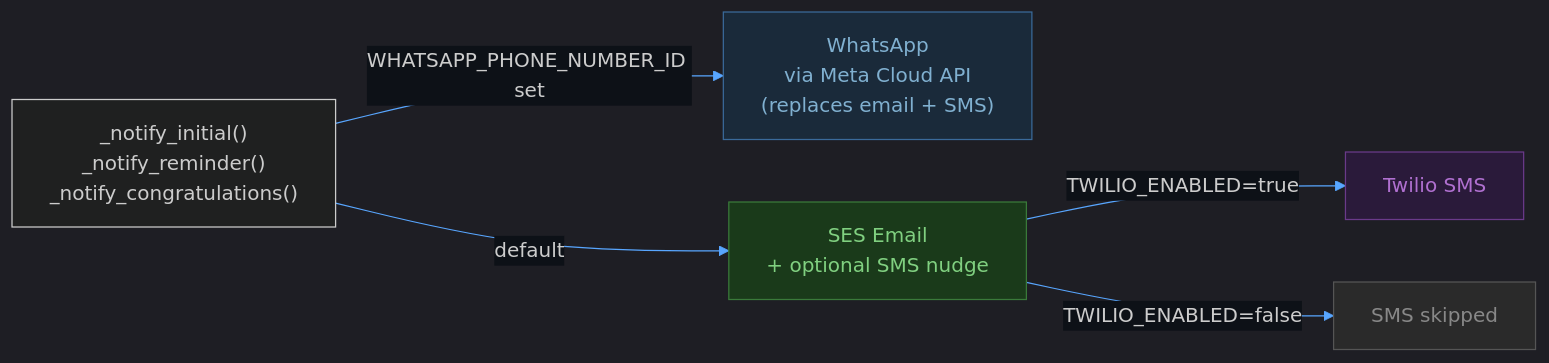
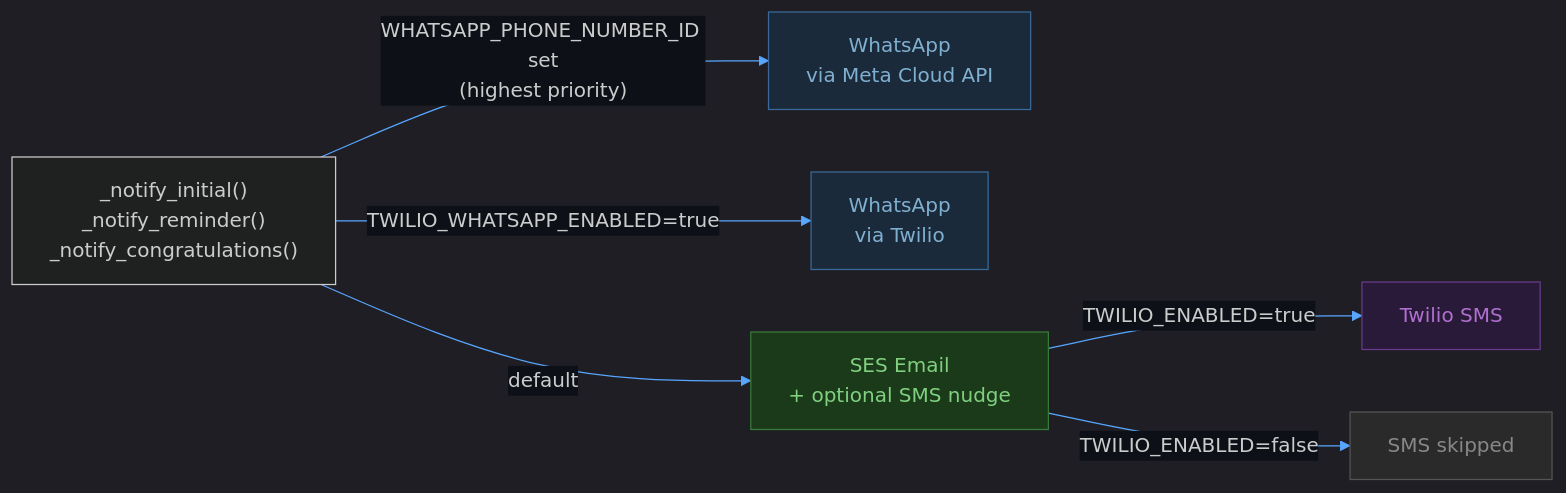
The second of 12 diagrams in docs/architecture.md (baldrickuk/washingmachine-notifications), drawn with Mermaid before and after one commit. The commit also changed other lines of this file and 1 other file, not shown here.

First line of the commit message:
docs: update architecture and README for Twilio WhatsApp channel

````diff
--- a/docs/architecture.md
+++ b/docs/architecture.md
@@ -130,17 +131,19 @@
 ```mermaid
 %%{init: {'theme': 'dark', 'themeVariables': {'primaryColor': '#1e3a5f', 'primaryTextColor': '#c9d1d9', 'primaryBorderColor': '#4a7ab5', 'lineColor': '#58a6ff', 'edgeLabelBackground': '#0d1117'}}}%%
 
 flowchart LR
     DISPATCH["_notify_initial()\n_notify_reminder()\n_notify_congratulations()"]
 
-    DISPATCH -->|"WHATSAPP_PHONE_NUMBER_ID set"| WA["WhatsApp\nvia Meta Cloud API\n(replaces email + SMS)"]
+    DISPATCH -->|"WHATSAPP_PHONE_NUMBER_ID set\n(highest priority)"| WA["WhatsApp\nvia Meta Cloud API"]
+    DISPATCH -->|"TWILIO_WHATSAPP_ENABLED=true"| TWA["WhatsApp\nvia Twilio"]
     DISPATCH -->|"default"| EMAIL["SES Email\n+ optional SMS nudge"]
 
     EMAIL -->|"TWILIO_ENABLED=true"| TSMS["Twilio SMS"]
     EMAIL -->|"TWILIO_ENABLED=false"| NOSMS["SMS skipped"]
 
     style WA fill:#1a2a3a,stroke:#3a6a9a,color:#80b0d0
+    style TWA fill:#1a2a3a,stroke:#3a6a9a,color:#80b0d0
     style EMAIL fill:#1a3a1a,stroke:#3a7a3a,color:#80d080
     style TSMS fill:#2a1a3a,stroke:#6a3a8a,color:#b070d0
     style NOSMS fill:#2a2a2a,stroke:#555,color:#888
 ```
````
